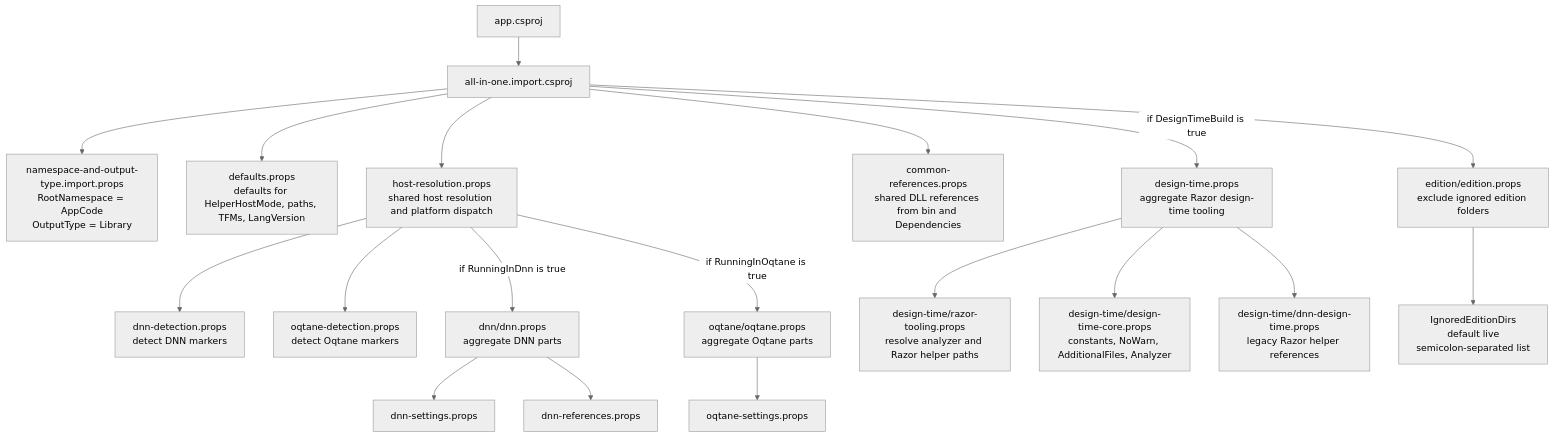
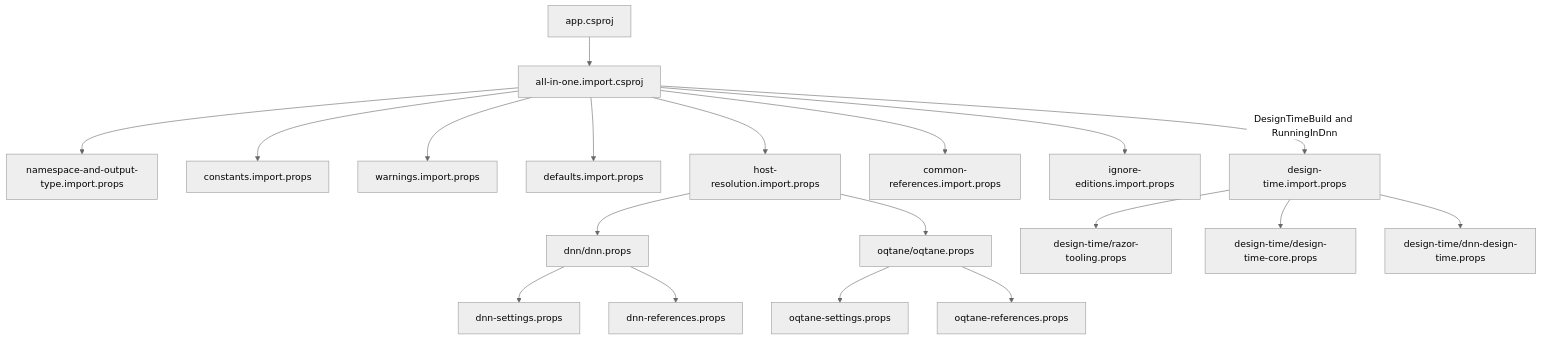
One commit to 2sxc-apps/app-extension-dotnet-project changed the first of 3 diagrams in readme.md. Above: the diagram before and after it, drawn with Mermaid (neutral theme). The commit also changed other lines of this file and 4 other files, not shown here.

````diff
--- a/readme.md
+++ b/readme.md
@@ -75,27 +111,26 @@
 ```mermaid
 flowchart TD
     APP[app.csproj] --> ROOT[all-in-one.import.csproj]
 
-    ROOT --> NS[namespace-and-output-type.import.props<br/>RootNamespace = AppCode<br/>OutputType = Library]
-    ROOT --> DEF[defaults.props<br/>defaults for HelperHostMode, paths, TFMs, LangVersion]
-    ROOT --> HOST[host-resolution.props<br/>shared host resolution and platform dispatch]
-    ROOT --> COMMON[common-references.props<br/>shared DLL references from bin and Dependencies]
-    ROOT -->|if DesignTimeBuild is true| DT[design-time.props<br/>aggregate Razor design-time tooling]
-    ROOT --> IGN[edition/edition.props<br/>exclude ignored edition folders]
+    ROOT --> NS[namespace-and-output-type.import.props]
+    ROOT --> CONST[constants.import.props]
+    ROOT --> WARN[warnings.import.props]
+    ROOT --> DEF[defaults.import.props]
+    ROOT --> HOST[host-resolution.import.props]
+    ROOT --> COMMON[common-references.import.props]
+    ROOT --> EDIT[ignore-editions.import.props]
+    ROOT -->|DesignTimeBuild and RunningInDnn| DT[design-time.import.props]
 
-    HOST --> DD[dnn-detection.props<br/>detect DNN markers]
-    HOST --> OD[oqtane-detection.props<br/>detect Oqtane markers]
-    HOST -->|if RunningInDnn is true| DNN[dnn/dnn.props<br/>aggregate DNN parts]
-    HOST -->|if RunningInOqtane is true| OQT[oqtane/oqtane.props<br/>aggregate Oqtane parts]
+    HOST --> DNN[dnn/dnn.props]
+    HOST --> OQT[oqtane/oqtane.props]
 
-    DT --> RAZOR[design-time/razor-tooling.props<br/>resolve analyzer and Razor helper paths]
-    DT --> DTC[design-time/design-time-core.props<br/>constants, NoWarn, AdditionalFiles, Analyzer]
-    DT --> DTDNN[design-time/dnn-design-time.props<br/>legacy Razor helper references]
+    DNN --> DNNSET[dnn-settings.props]
+    DNN --> DNNREF[dnn-references.props]
 
-    DNN --> DS[dnn-settings.props]
-    DNN --> DR[dnn-references.props]
+    OQT --> OQTSET[oqtane-settings.props]
+    OQT --> OQTREF[oqtane-references.props]
 
-    OQT --> OS[oqtane-settings.props]
-
-    IGN --> IGNS[IgnoredEditionDirs<br/>default live<br/>semicolon-separated list]
+    DT --> RAZOR[design-time/razor-tooling.props]
+    DT --> DTCORE[design-time/design-time-core.props]
+    DT --> DTDNN[design-time/dnn-design-time.props]
 ```
````
